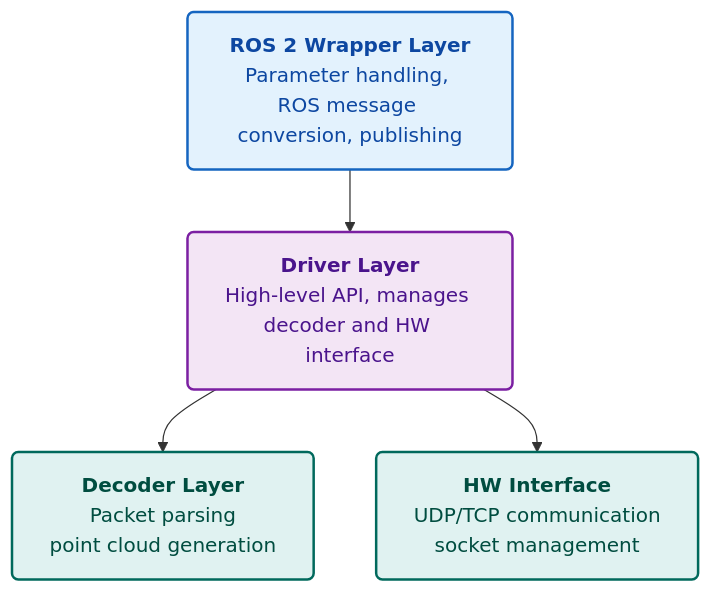
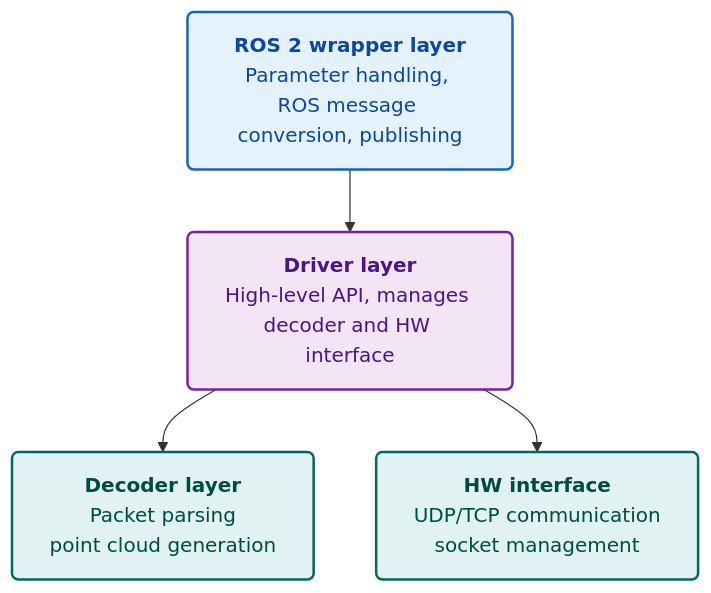
Before and after one commit to tier4/nebula: the second of 2 diagrams in docs/integration_guide.md, drawn with Mermaid. The commit also changed other lines of this file and 3 other files, not shown here.

````diff
--- a/docs/integration_guide.md
+++ b/docs/integration_guide.md
@@ -71,23 +71,23 @@
 ```mermaid
 graph TD
     %% --- STYLE DEFINITIONS ---
     %% Using a hierarchical palette to show data flow depth
     classDef wrapper fill:#e3f2fd,stroke:#1565c0,stroke-width:2px,rx:5,ry:5,color:#0d47a1;
     classDef logic fill:#f3e5f5,stroke:#7b1fa2,stroke-width:2px,rx:5,ry:5,color:#4a148c;
     classDef worker fill:#e0f2f1,stroke:#00695c,stroke-width:2px,rx:5,ry:5,color:#004d40;
 
     %% --- NODES ---
     %% Apply classes using the triple colon syntax (:::className)
-    Wrapper[<b>ROS 2 Wrapper Layer</b><br/>Parameter handling, ROS message conversion, publishing]:::wrapper
+    Wrapper[<b>ROS 2 wrapper layer</b><br/>Parameter handling, ROS message conversion, publishing]:::wrapper
 
-    Driver[<b>Driver Layer</b><br/>High-level API, manages decoder and HW interface]:::logic
+    Driver[<b>Driver layer</b><br/>High-level API, manages decoder and HW interface]:::logic
 
-    Decoder[<b>Decoder Layer</b><br/>Packet parsing<br/>point cloud generation]:::worker
+    Decoder[<b>Decoder layer</b><br/>Packet parsing<br/>point cloud generation]:::worker
 
-    HW[<b>HW Interface</b><br/>UDP/TCP communication<br/>socket management]:::worker
+    HW[<b>HW interface</b><br/>UDP/TCP communication<br/>socket management]:::worker
 
     %% --- RELATIONSHIPS ---
     Wrapper --> Driver
     Driver --> Decoder
     Driver --> HW
 ```
````
